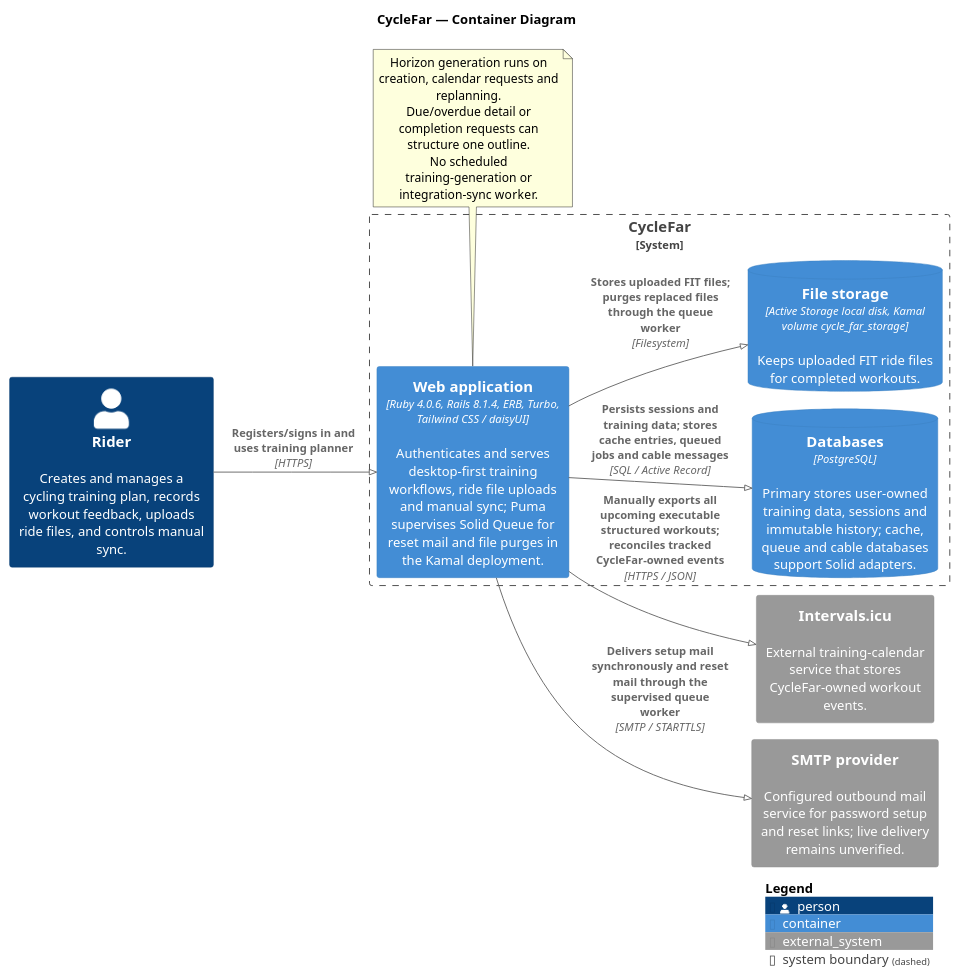
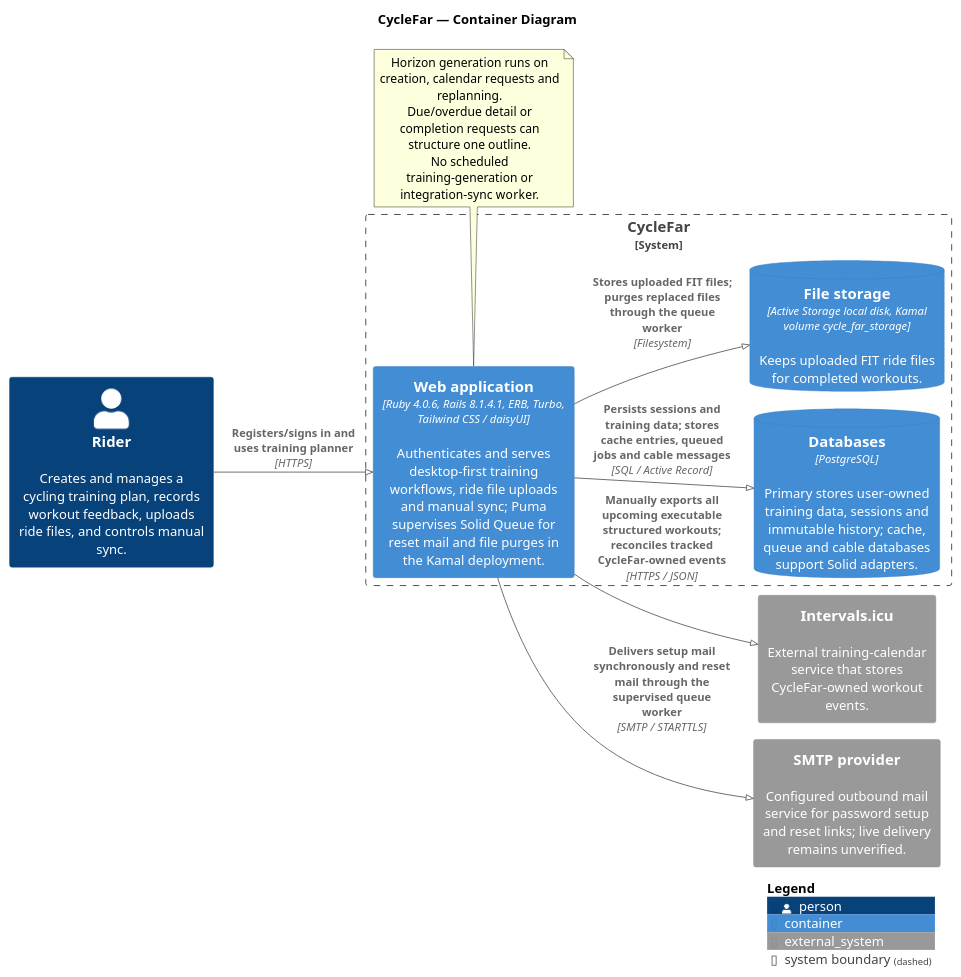
One commit to richardhartme/cyclefar changed the diagram in docs/diagrams/container-cyclefar.puml. Above: the diagram before and after it, drawn with PlantUML. The commit also changed 6 other files, not shown here.

```diff
--- a/docs/diagrams/container-cyclefar.puml
+++ b/docs/diagrams/container-cyclefar.puml
@@ -1,34 +1,34 @@
 @startuml
 !pragma layout smetana
 ' Scope and limitations: README.md
 !include https://raw.githubusercontent.com/plantuml-stdlib/C4-PlantUML/master/C4_Container.puml
 
 title CycleFar — Container Diagram
 
 LAYOUT_LEFT_RIGHT()
 
 Person(rider, "Rider", "Creates and manages a cycling training plan, records workout feedback, uploads ride files, and controls manual sync.")
 
 System_Boundary(cyclefar_boundary, "CycleFar") {
-  Container(web_application, "Web application", "Ruby 4.0.6, Rails 8.1.4, ERB, Turbo, Tailwind CSS / daisyUI", "Authenticates and serves desktop-first training workflows, ride file uploads and manual sync; Puma supervises Solid Queue for reset mail and file purges in the Kamal deployment.")
+  Container(web_application, "Web application", "Ruby 4.0.6, Rails 8.1.4.1, ERB, Turbo, Tailwind CSS / daisyUI", "Authenticates and serves desktop-first training workflows, ride file uploads and manual sync; Puma supervises Solid Queue for reset mail and file purges in the Kamal deployment.")
   ContainerDb(database, "Databases", "PostgreSQL", "Primary stores user-owned training data, sessions and immutable history; cache, queue and cable databases support Solid adapters.")
   ContainerDb(file_storage, "File storage", "Active Storage local disk, Kamal volume cycle_far_storage", "Keeps uploaded FIT ride files for completed workouts.")
 }
 
 System_Ext(intervals_icu, "Intervals.icu", "External training-calendar service that stores CycleFar-owned workout events.")
 System_Ext(smtp, "SMTP provider", "Configured outbound mail service for password setup and reset links; live delivery remains unverified.")
 
 Rel(rider, web_application, "Registers/signs in and uses training planner", "HTTPS")
 Rel(web_application, database, "Persists sessions and training data; stores cache entries, queued jobs and cable messages", "SQL / Active Record")
 Rel(web_application, file_storage, "Stores uploaded FIT files; purges replaced files through the queue worker", "Filesystem")
 Rel(web_application, intervals_icu, "Manually exports all upcoming executable structured workouts; reconciles tracked CycleFar-owned events", "HTTPS / JSON")
 Rel(web_application, smtp, "Delivers setup mail synchronously and reset mail through the supervised queue worker", "SMTP / STARTTLS")
 
 note bottom of web_application
   Horizon generation runs on creation, calendar requests and replanning.
   Due/overdue detail or completion requests can structure one outline.
   No scheduled training-generation or integration-sync worker.
 end note
 
 SHOW_LEGEND()
 @enduml
```
